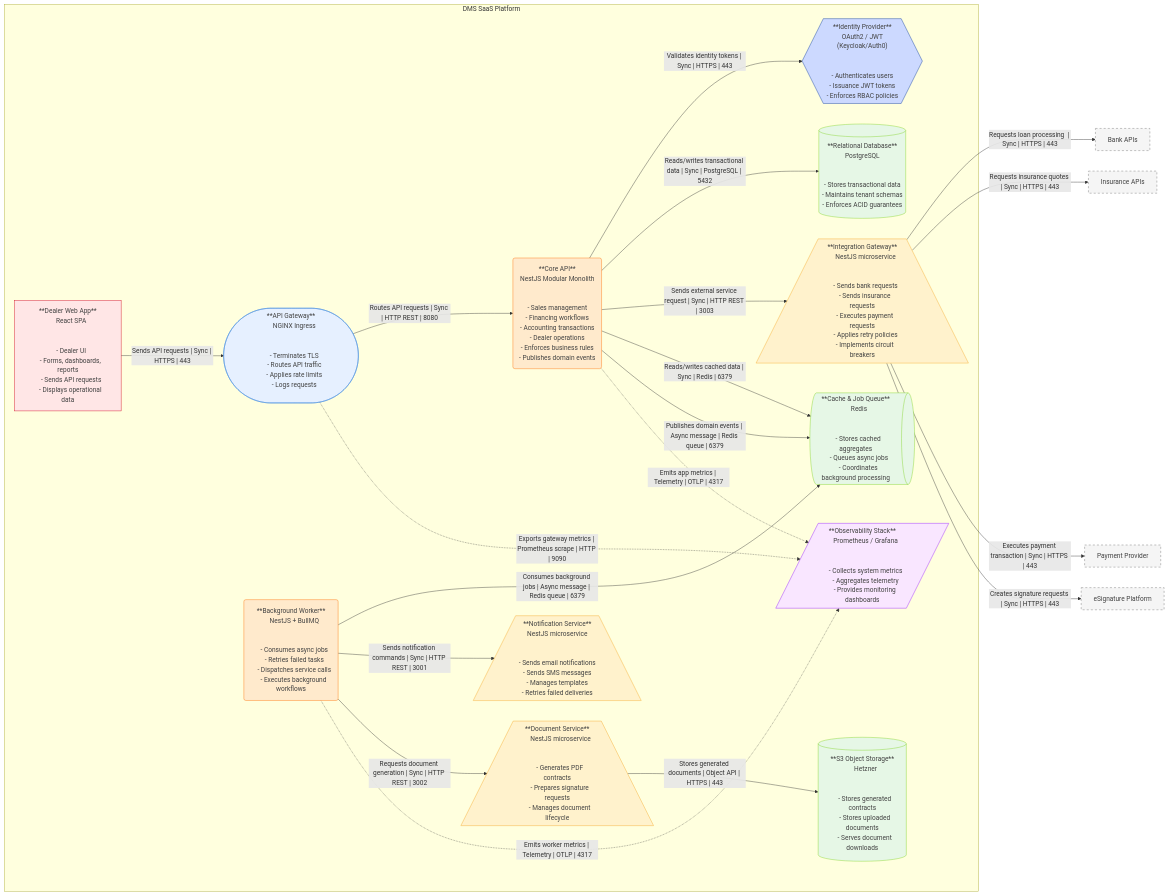
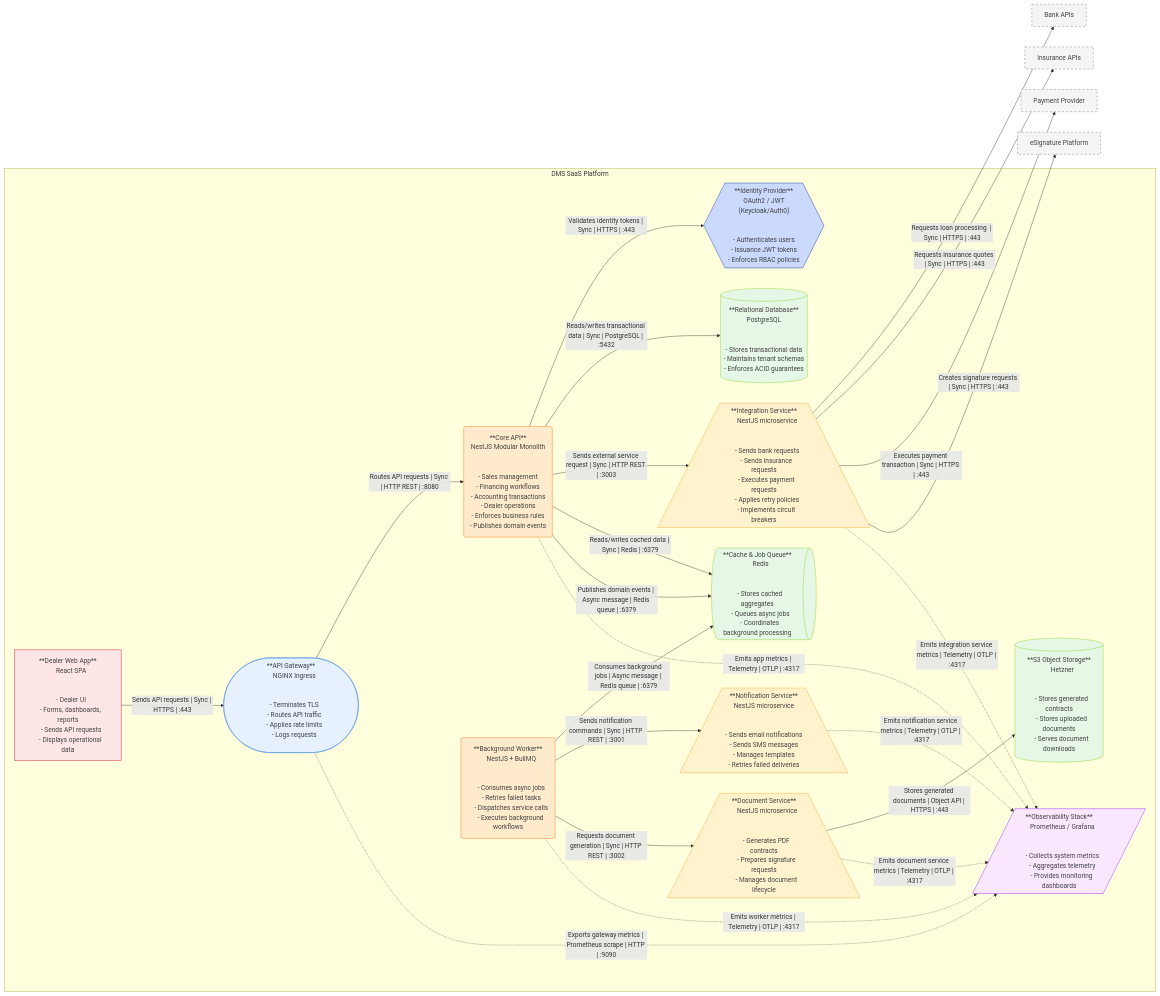
The diagram in diagrams/dms-container.mmd (occamarazor/dms-showcase), drawn with Mermaid before and after one commit. The commit also changed 1 other file, not shown here.

Commit message:
Diagrams: container extended with observability additions

```diff
--- a/diagrams/dms-container.mmd
+++ b/diagrams/dms-container.mmd
@@ -94,9 +94,9 @@
     %% MICROSERVICES
     %% =========================
 
-    %% ---- Integration Gateway ----%%
+    %% ---- Integration Service ----%%
     INTEGRATION["
-    **Integration Gateway**
+    **Integration Service**
     NestJS microservice
     <br>
     - Sends bank requests
@@ -213,28 +213,31 @@
 %% =========================
 
 %% ---- System ----
-CLIENT -->|"Sends API requests | Sync | HTTPS | 443"| GATEWAY
-GATEWAY -->|"Routes API requests | Sync | HTTP REST | 8080"| API
-API -->|"Validates identity tokens | Sync | HTTPS | 443"| AUTH
-API -->|"Reads/writes transactional data | Sync | PostgreSQL | 5432"| POSTGRES
-API -->|"Sends external service request | Sync | HTTP REST | 3003"| INTEGRATION
-API -->|"Reads/writes cached data | Sync | Redis | 6379"| REDIS
-API -->|"Publishes domain events | Async message | Redis queue | 6379"| REDIS
-WORKER -->|"Consumes background jobs | Async message | Redis queue | 6379"| REDIS
-WORKER -->|"Sends notification commands | Sync | HTTP REST | 3001"| NOTIFY
-WORKER -->|"Requests document generation | Sync | HTTP REST | 3002"| DOCS
-DOCS -->|"Stores generated documents | Object API | HTTPS | 443"| OBJECTS
+CLIENT -->|"Sends API requests | Sync | HTTPS | :443"| GATEWAY
+GATEWAY -->|"Routes API requests | Sync | HTTP REST | :8080"| API
+API -->|"Validates identity tokens | Sync | HTTPS | :443"| AUTH
+API -->|"Reads/writes transactional data | Sync | PostgreSQL | :5432"| POSTGRES
+API -->|"Sends external service request | Sync | HTTP REST | :3003"| INTEGRATION
+API -->|"Reads/writes cached data | Sync | Redis | :6379"| REDIS
+API -->|"Publishes domain events | Async message | Redis queue | :6379"| REDIS
+WORKER -->|"Consumes background jobs | Async message | Redis queue | :6379"| REDIS
+WORKER -->|"Sends notification commands | Sync | HTTP REST | :3001"| NOTIFY
+WORKER -->|"Requests document generation | Sync | HTTP REST | :3002"| DOCS
+DOCS -->|"Stores generated documents | Object API | HTTPS | :443"| OBJECTS
 
 %% ---- External ----
-INTEGRATION -->|"Requests loan processing  | Sync | HTTPS | 443"| BANK
-INTEGRATION -->|"Requests insurance quotes | Sync | HTTPS | 443"| INSURANCE
-INTEGRATION -->|"Executes payment transaction | Sync | HTTPS | 443"| PAYMENT
-INTEGRATION -->|"Creates signature requests | Sync | HTTPS | 443"| ESIGN
+INTEGRATION -->|"Requests loan processing  | Sync | HTTPS | :443"| BANK
+INTEGRATION -->|"Requests insurance quotes | Sync | HTTPS | :443"| INSURANCE
+INTEGRATION -->|"Executes payment transaction | Sync | HTTPS | :443"| PAYMENT
+INTEGRATION -->|"Creates signature requests | Sync | HTTPS | :443"| ESIGN
 
 %% ---- Observability ----
-API -.->|"Emits app metrics | Telemetry | OTLP | 4317"| OBS
-WORKER -.->|"Emits worker metrics | Telemetry | OTLP | 4317"| OBS
-GATEWAY -.->|"Exports gateway metrics | Prometheus scrape | HTTP | 9090"| OBS
+GATEWAY -.->|"Exports gateway metrics | Prometheus scrape | HTTP | :9090"| OBS
+API -.->|"Emits app metrics | Telemetry | OTLP | :4317"| OBS
+WORKER -.->|"Emits worker metrics | Telemetry | OTLP | :4317"| OBS
+NOTIFY -.->|"Emits notification service metrics | Telemetry | OTLP | :4317"| OBS
+DOCS -.->|"Emits document service metrics | Telemetry | OTLP | :4317"| OBS
+INTEGRATION -.->|"Emits integration service metrics | Telemetry | OTLP | :4317"| OBS
 
 %% =========================
 %% PALETTE (LEGEND)
```
